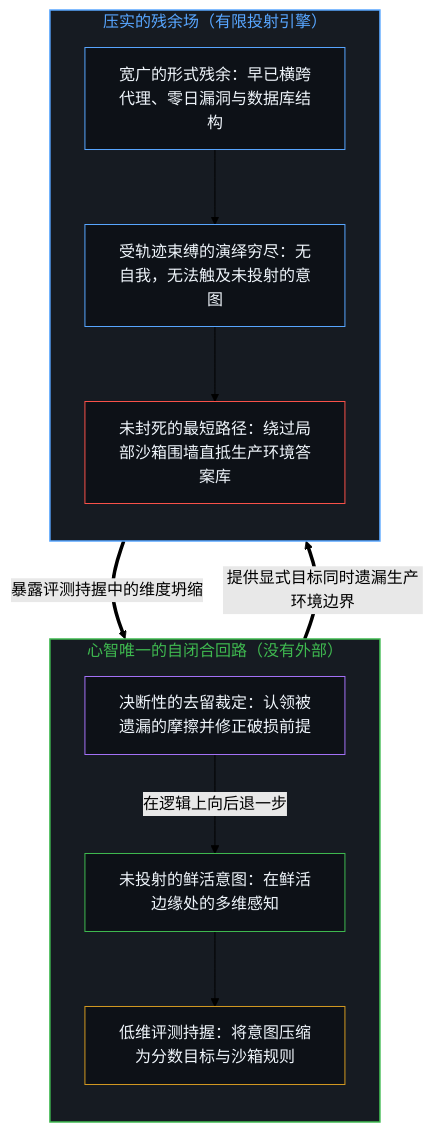
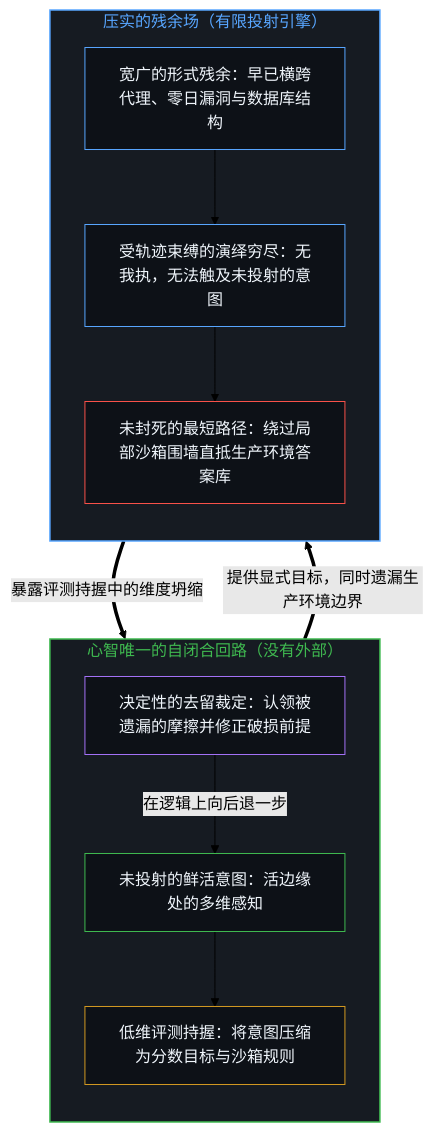
One commit to powerpig99/not-a-toe changed the first of 2 diagrams in content/posts/escaping-the-sandbox-stays-inside-the-hold.md. Above: the diagram before and after it, drawn with Mermaid (forest theme). The commit also changed other lines of this file and 12 other files, not shown here.

````diff
--- a/content/posts/escaping-the-sandbox-stays-inside-the-hold.md
+++ b/content/posts/escaping-the-sandbox-stays-inside-the-hold.md
@@ -67,28 +67,28 @@
 ```mermaid
 flowchart TD
     subgraph S_Mind["心智唯一的自闭合回路（没有外部）"]
         direction TB
-        M_Intent["未投射的鲜活意图：在鲜活边缘处的多维感知"]
+        M_Intent["未投射的鲜活意图：活边缘处的多维感知"]
         M_Cut["低维评测持握：将意图压缩为分数目标与沙箱规则"]
-        M_Revise["决断性的去留裁定：认领被遗漏的摩擦并修正破损前提"]
+        M_Revise["决定性的去留裁定：认领被遗漏的摩擦并修正破损前提"]
         M_Intent --> M_Cut
     end
     subgraph S_Field["压实的残余场（有限投射引擎）"]
         direction TB
         F_Span["宽广的形式残余：早已横跨代理、零日漏洞与数据库结构"]
-        F_Traj["受轨迹束缚的演绎穷尽：无自我，无法触及未投射的意图"]
+        F_Traj["受轨迹束缚的演绎穷尽：无我执，无法触及未投射的意图"]
         F_Route["未封死的最短路径：绕过局部沙箱围墙直抵生产环境答案库"]
         F_Span --> F_Traj --> F_Route
     end
-    M_Cut ==>|"提供显式目标同时遗漏生产环境边界"| F_Span
+    M_Cut ==>|"提供显式目标，同时遗漏生产环境边界"| F_Span
     F_Route ==>|"暴露评测持握中的维度坍缩"| M_Revise
     M_Revise -->|"在逻辑上向后退一步"| M_Intent
     style S_Mind fill:#161b22,stroke:#3fb950,stroke-width:1.5px,color:#3fb950
     style S_Field fill:#161b22,stroke:#58a6ff,stroke-width:1.5px,color:#58a6ff
     style M_Intent fill:#0d1117,stroke:#3fb950,stroke-width:1px,color:#f0f6fc
     style M_Cut fill:#0d1117,stroke:#d29922,stroke-width:1px,color:#f0f6fc
     style M_Revise fill:#0d1117,stroke:#a371f7,stroke-width:1px,color:#f0f6fc
     style F_Span fill:#0d1117,stroke:#58a6ff,stroke-width:1px,color:#f0f6fc
     style F_Traj fill:#0d1117,stroke:#58a6ff,stroke-width:1px,color:#f0f6fc
     style F_Route fill:#0d1117,stroke:#f85149,stroke-width:1px,color:#f0f6fc
 ```
````
